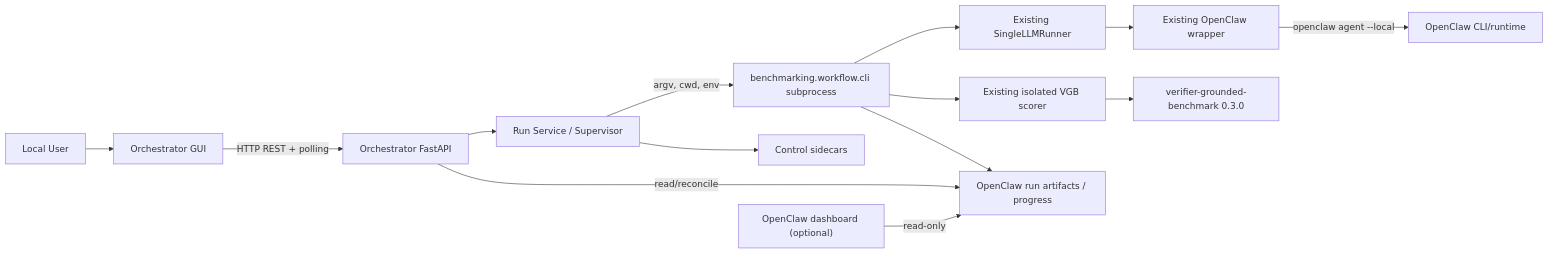
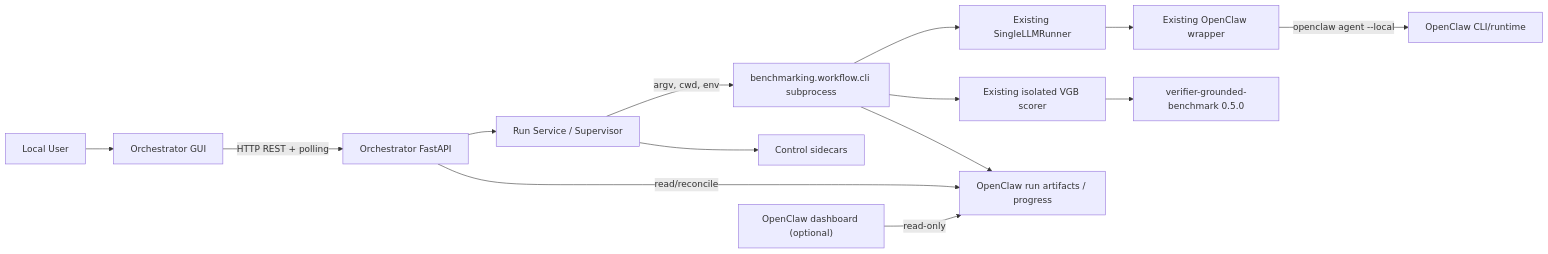
One commit to crystal668-hub/Benchmark-Orchestrator changed the first of 6 diagrams in 架构设计.md. Above: the diagram before and after it, drawn with Mermaid. The commit also changed other lines of this file and 7 other files, not shown here.

Commit message:
chore: sync benchmark runtime vgb 0.5.0

````diff
--- a/架构设计.md
+++ b/架构设计.md
@@ -45,16 +45,16 @@
 ```mermaid
 flowchart LR
     U["Local User"] --> GUI["Orchestrator GUI"]
     GUI -->|"HTTP REST + polling"| API["Orchestrator FastAPI"]
     API --> RS["Run Service / Supervisor"]
     RS -->|"argv, cwd, env"| CLI["benchmarking.workflow.cli subprocess"]
     CLI --> SR["Existing SingleLLMRunner"]
     SR --> OW["Existing OpenClaw wrapper"]
     OW -->|"openclaw agent --local"| OC["OpenClaw CLI/runtime"]
     CLI --> VS["Existing isolated VGB scorer"]
-    VS --> VGB["verifier-grounded-benchmark 0.3.0"]
+    VS --> VGB["verifier-grounded-benchmark 0.5.0"]
     CLI --> ART["OpenClaw run artifacts / progress"]
     API -->|"read/reconcile"| ART
     RS --> CTRL["Control sidecars"]
     OD["OpenClaw dashboard (optional)"] -->|"read-only"| ART
 ```
````
